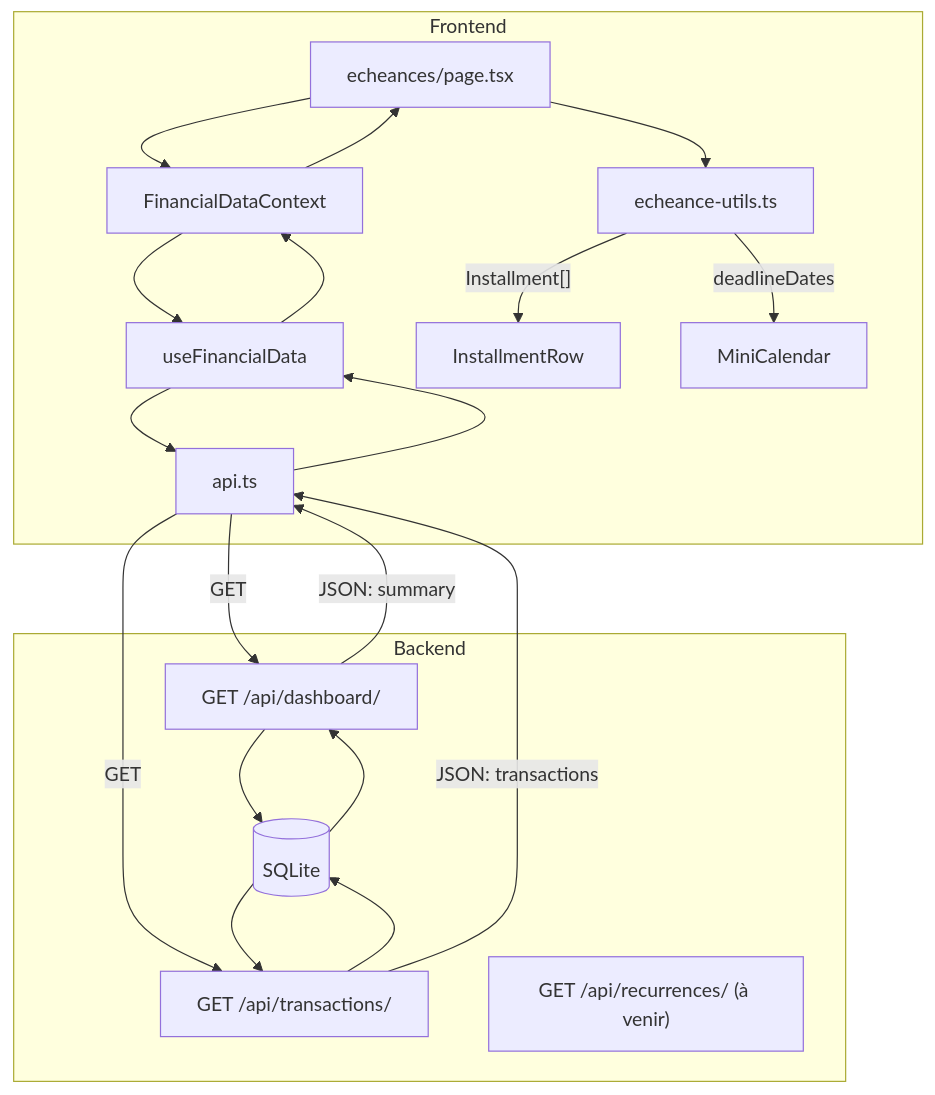
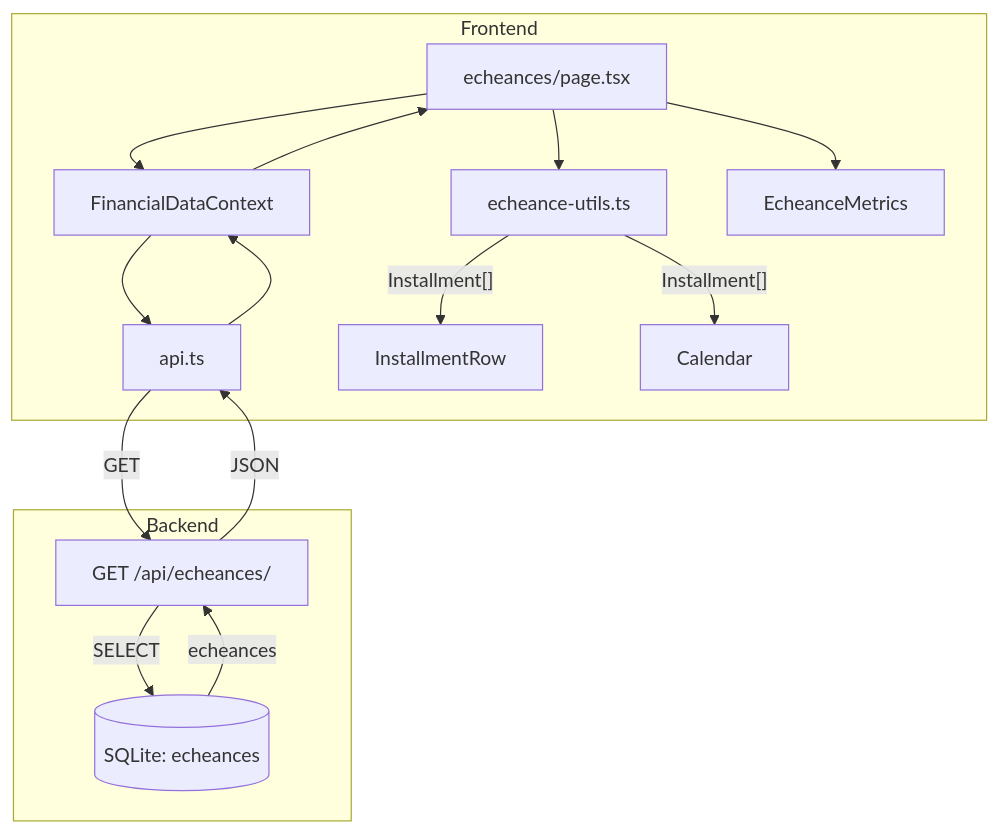
One commit to mdjabi2005-commits/gestio-feature changed the diagram in frontend/src/app/echeances/LOGIC_FLOW.md. Above: the diagram before and after it, drawn with Mermaid. The commit also changed other lines of this file and 4 other files, not shown here.

Commit message:
docs: update LOGIC_FLOW and README files - Add salary plans and strategic balance to budgets - Fix echeances data source (use /api/echeances not /api/dashboard) - Document paid status calculation and inclusion in calculations

````diff
--- a/frontend/src/app/echeances/LOGIC_FLOW.md
+++ b/frontend/src/app/echeances/LOGIC_FLOW.md
@@ -46,37 +44,31 @@
 ```mermaid
 graph TD
     subgraph Frontend
         Page["echeances/page.tsx"]
         Context[FinancialDataContext]
-        Hook[useFinancialData]
         API[api.ts]
         Utils[echeance-utils.ts]
         Row[InstallmentRow]
-        Cal[MiniCalendar]
+        Cal[Calendar]
+        Metrics[EcheanceMetrics]
     end
 
     subgraph Backend
-        DASH["GET /api/dashboard/"]
-        TX["GET /api/transactions/"]
-        REC["GET /api/recurrences/ (à venir)"]
-        DB[(SQLite)]
+        ECH[GET /api/echeances/]
+        DB[(SQLite: echeances)]
     end
 
     Page --> Context
-    Context --> Hook
-    Hook --> API
-    API -->|GET| DASH
-    API -->|GET| TX
-    DASH --> DB
-    TX --> DB
-    DB --> DASH
-    DB --> TX
-    DASH -->|JSON: summary| API
-    TX -->|JSON: transactions| API
-    API --> Hook
-    Hook --> Context
+    Context --> API
+    API -->|GET| ECH
+    ECH -->|SELECT| DB
+    DB -->|echeances| ECH
+    ECH -->|JSON| API
+    API --> Context
     Context --> Page
+    
     Page --> Utils
     Utils -->|"Installment[]"| Row
-    Utils -->|deadlineDates| Cal
+    Utils -->|"Installment[]"| Cal
+    Page --> Metrics
 ```
````
